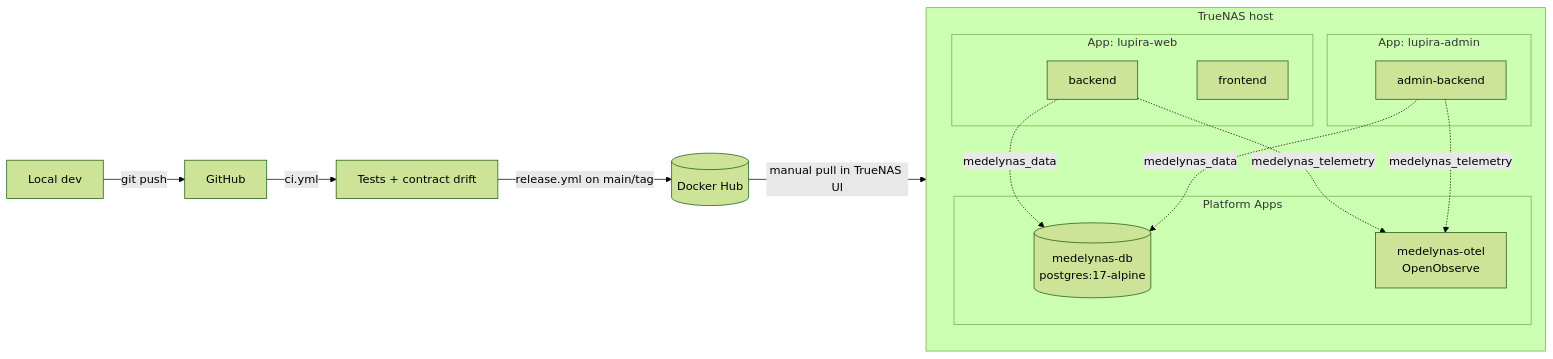
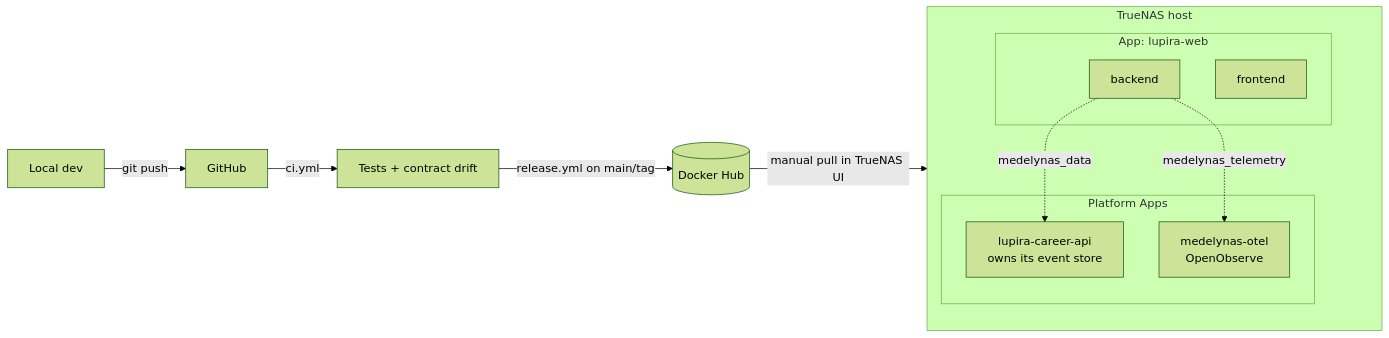
Before and after one commit to danbro96/LupiraWeb: the diagram in docs/CICD.md, drawn with Mermaid (forest theme). The commit also changed other lines of this file and 130 other files, not shown here.

First line of the commit message:
Remove admin + Domain; make Server a stateless BFF over LupiraCareerApi

````diff
--- a/docs/CICD.md
+++ b/docs/CICD.md
@@ -7,25 +7,20 @@
 ```mermaid
 flowchart LR
   dev[Local dev] -->|git push| gh[GitHub]
   gh -->|ci.yml| tests[Tests + contract drift]
   tests -->|release.yml on main/tag| dh[(Docker Hub)]
   dh -->|manual pull in TrueNAS UI| nas[TrueNAS 25.10.1]
 
   subgraph nas[TrueNAS host]
     subgraph platform[Platform Apps]
-      pg[(medelynas-db<br/>postgres:17-alpine)]
+      career[lupira-career-api<br/>owns its event store]
       otel[medelynas-otel<br/>OpenObserve]
     end
     subgraph web_app[App: lupira-web]
       be[backend]
       fe[frontend]
     end
-    subgraph admin_app[App: lupira-admin]
-      adminbe[admin-backend]
-    end
-    be -.medelynas_data.-> pg
-    adminbe -.medelynas_data.-> pg
+    be -.medelynas_data.-> career
     be -.medelynas_telemetry.-> otel
-    adminbe -.medelynas_telemetry.-> otel
   end
 ```
````
